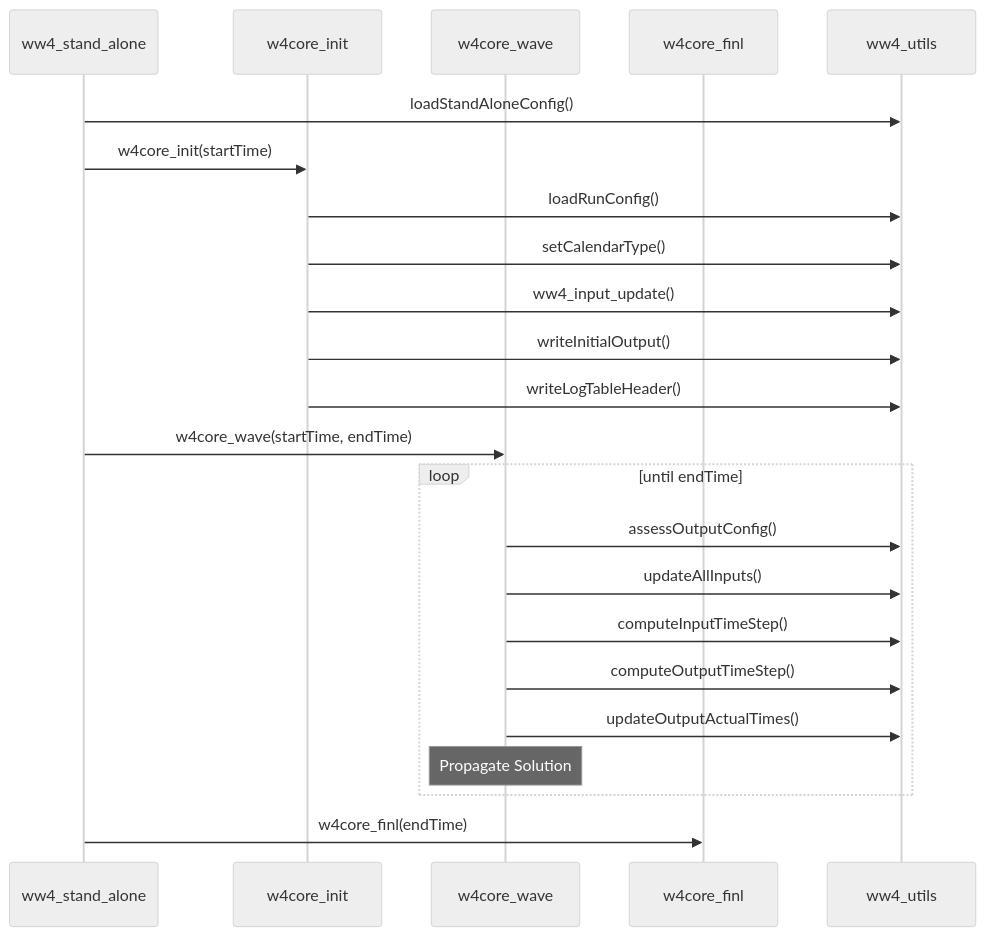
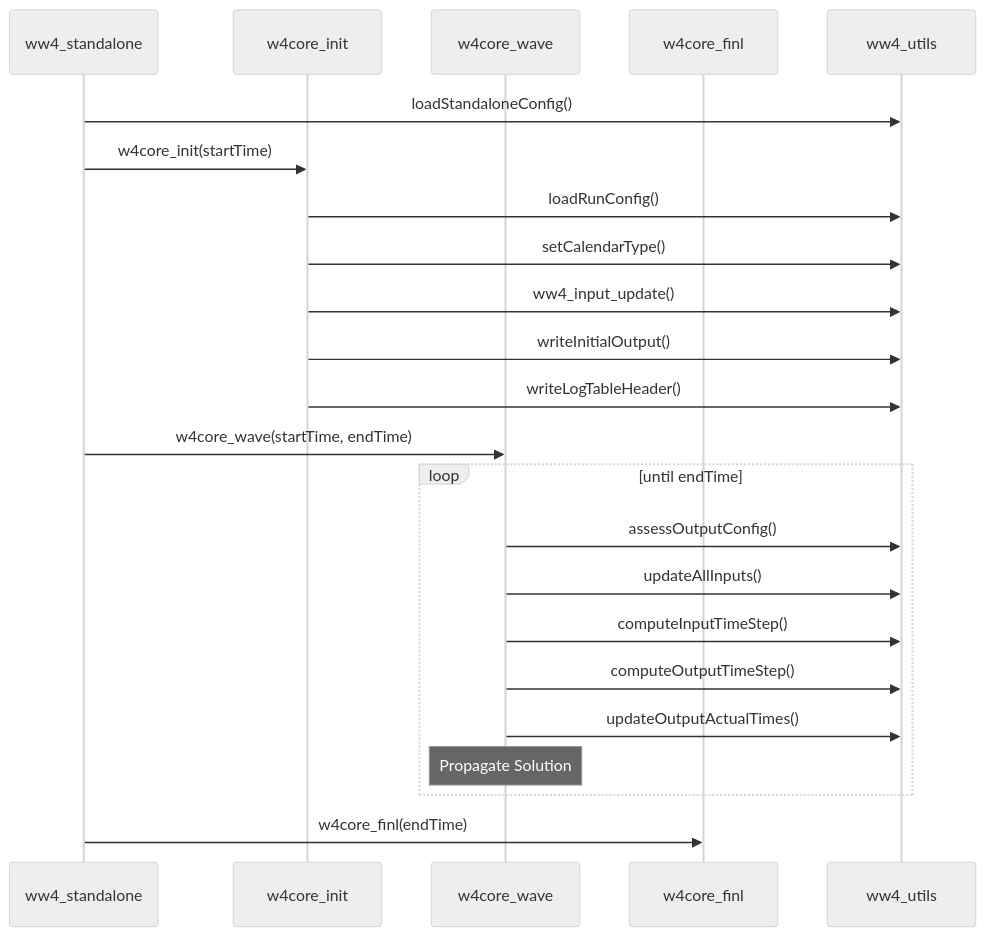
One commit to HendrikTolman-NOAA/WW4_HLT changed the second of 2 diagrams in ARCHITECTURE.md. Above: the diagram before and after it, drawn with Mermaid (neutral theme). The commit also changed other lines of this file and 24 other files, not shown here.

First line of the commit message:
Rename .yml to .yaml and stand_alone to standalone

````diff
--- a/ARCHITECTURE.md
+++ b/ARCHITECTURE.md
@@ -45,28 +45,28 @@
 ```mermaid
 sequenceDiagram
-    participant SA as ww4_stand_alone
+    participant SA as ww4_standalone
     participant INIT as w4core_init
     participant WAVE as w4core_wave
     participant FINL as w4core_finl
     participant UTILS as ww4_utils
 
-    SA->>UTILS: loadStandAloneConfig()
+    SA->>UTILS: loadStandaloneConfig()
     SA->>INIT: w4core_init(startTime)
     INIT->>UTILS: loadRunConfig()
     INIT->>UTILS: setCalendarType()
     INIT->>UTILS: ww4_input_update()
     INIT->>UTILS: writeInitialOutput()
     INIT->>UTILS: writeLogTableHeader()
 
     SA->>WAVE: w4core_wave(startTime, endTime)
     loop until endTime
         WAVE->>UTILS: assessOutputConfig()
         WAVE->>UTILS: updateAllInputs()
         WAVE->>UTILS: computeInputTimeStep()
         WAVE->>UTILS: computeOutputTimeStep()
         WAVE->>UTILS: updateOutputActualTimes()
         Note over WAVE: Propagate Solution
     end
 
     SA->>FINL: w4core_finl(endTime)
 ```
````
